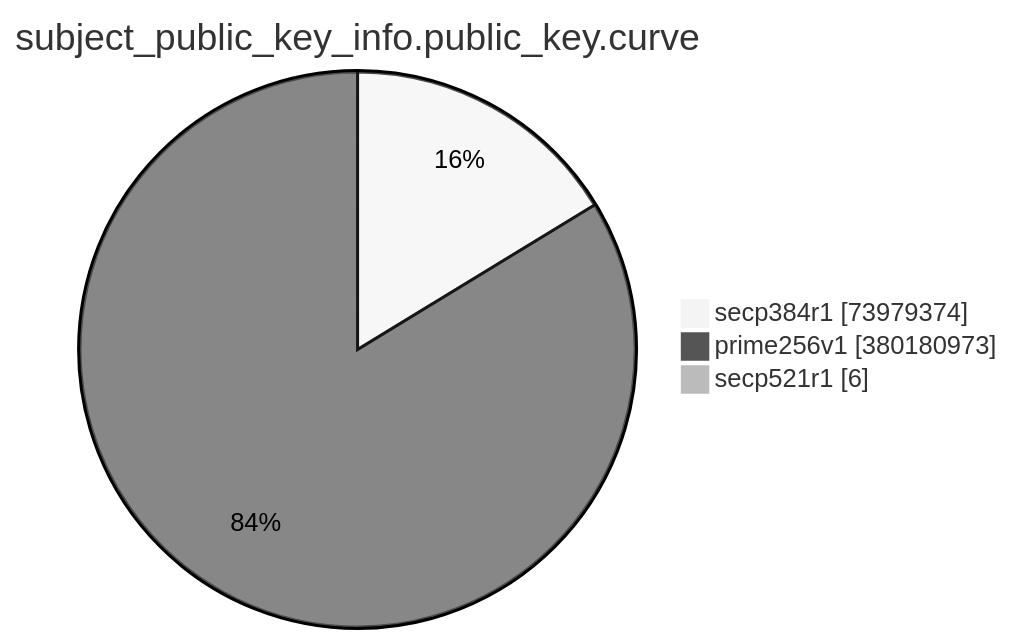
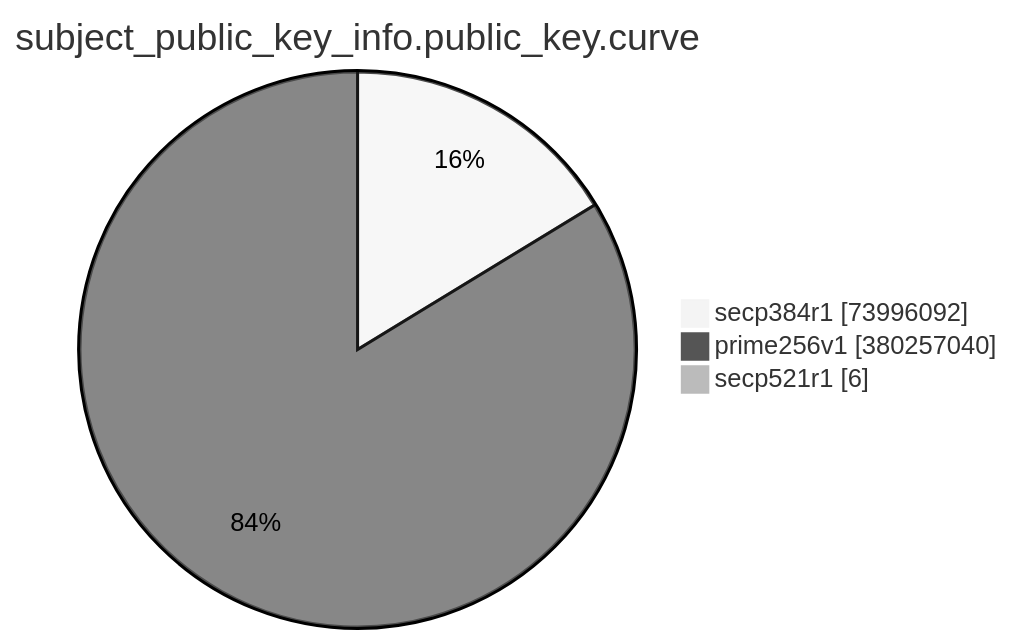
The eighth of 15 diagrams in TOTAL/README.md (christiankrug/ctmonitor_visualization), drawn with Mermaid (neutral theme) before and after one commit. The commit also changed other lines of this file, not shown here.

````diff
--- a/TOTAL/README.md
+++ b/TOTAL/README.md
@@ -3094,7 +3094,7 @@
 ```mermaid
 pie showData
 title subject_public_key_info.public_key.curve
-"secp384r1" :73979374
-"prime256v1" :380180973
+"secp384r1" :73996092
+"prime256v1" :380257040
 "secp521r1" :6
 ```
````
